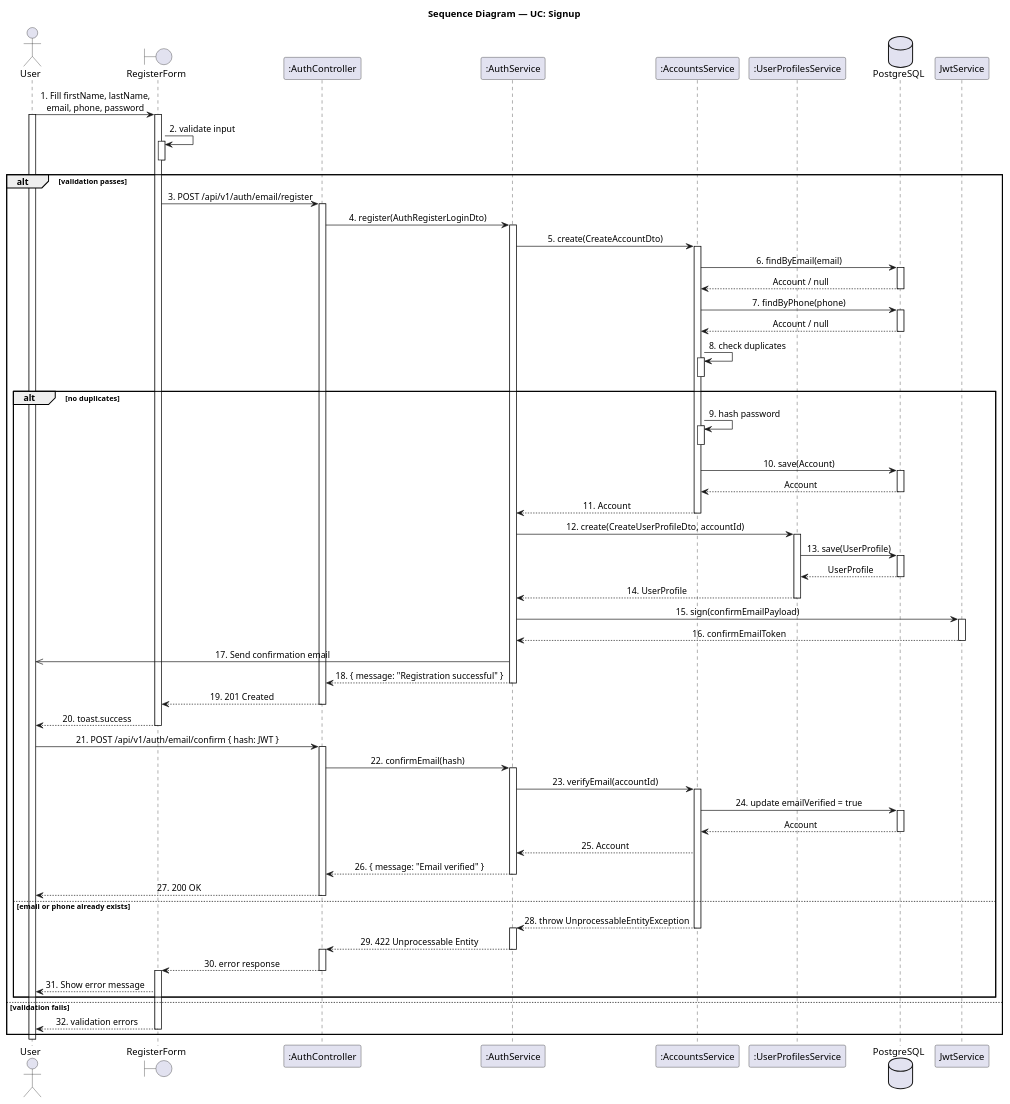
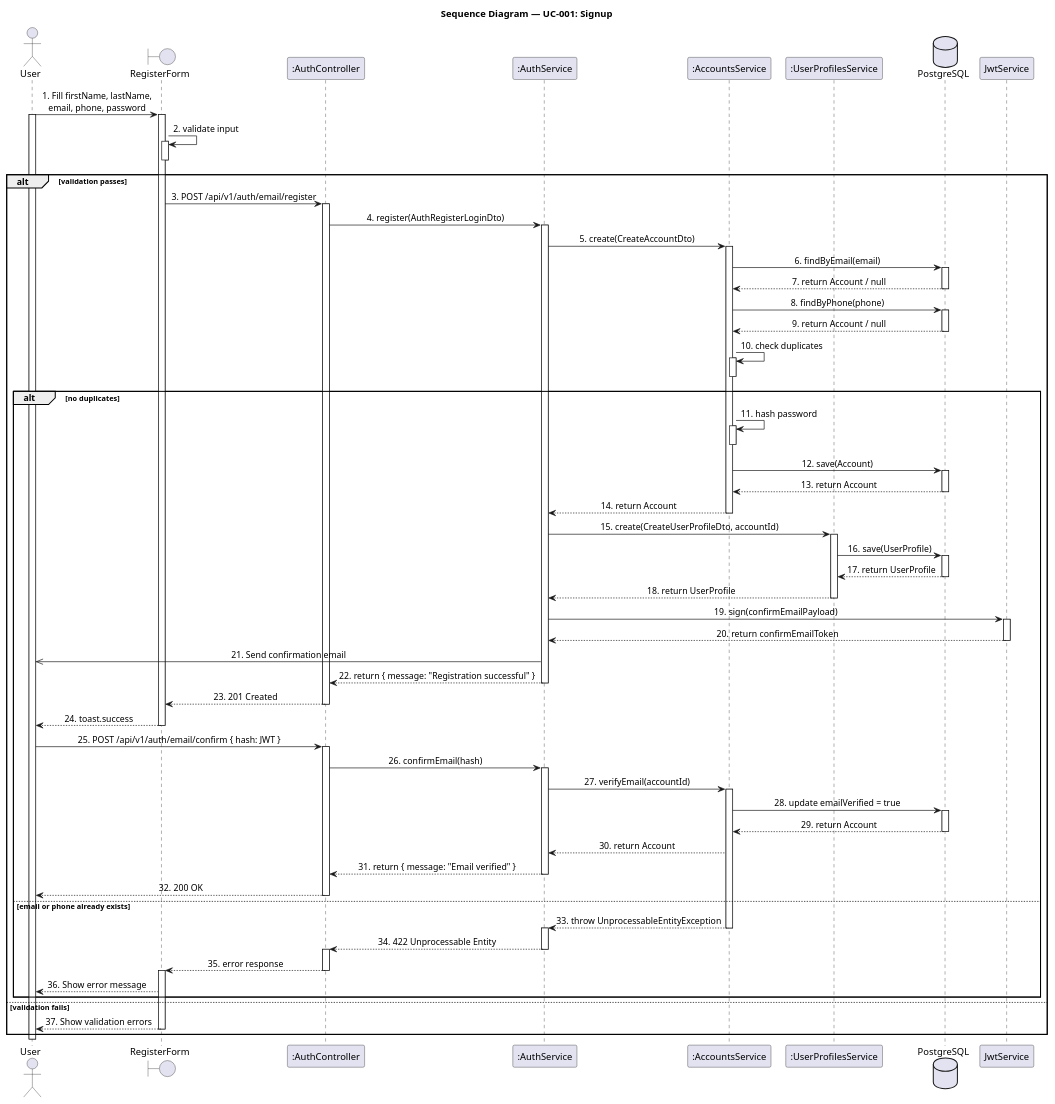
The diagram in docs/sequence-diagram/UC01_Signup.puml (LTPPPP/Smart-Medical-Intelligent-Ledger-for-E-health-S.M.I.L.E-), drawn with PlantUML before and after one commit. The commit also changed 177 other files, not shown here.

Commit message:
skill and doc class diagram

```diff
--- a/docs/sequence-diagram/UC01_Signup.puml
+++ b/docs/sequence-diagram/UC01_Signup.puml
@@ -1,122 +1,122 @@
 @startuml SequenceDiagram
 skinparam shadowing false
 skinparam sequenceMessageAlign center
 
-title Sequence Diagram — UC: Signup
+title Sequence Diagram — UC-001: Signup
 
 actor "User" as user
 boundary "RegisterForm" as form
 participant ":AuthController" as ctrl
 participant ":AuthService" as authSvc
 participant ":AccountsService" as accSvc
 participant ":UserProfilesService" as profSvc
 database "PostgreSQL" as db
 participant "JwtService" as jwt
 
 user -> form : 1. Fill firstName, lastName,\nemail, phone, password
 activate user
 activate form
 
 form -> form : 2. validate input
 activate form
 deactivate form
 alt validation passes
   form -> ctrl : 3. POST /api/v1/auth/email/register
   activate ctrl
 
   ctrl -> authSvc : 4. register(AuthRegisterLoginDto)
   activate authSvc
 
   authSvc -> accSvc : 5. create(CreateAccountDto)
   activate accSvc
 
   accSvc -> db : 6. findByEmail(email)
   activate db
-  db --> accSvc : Account / null
+  db --> accSvc : 7. return Account / null
   deactivate db
 
-  accSvc -> db : 7. findByPhone(phone)
+  accSvc -> db : 8. findByPhone(phone)
   activate db
-  db --> accSvc : Account / null
+  db --> accSvc : 9. return Account / null
   deactivate db
 
-  accSvc -> accSvc : 8. check duplicates
+  accSvc -> accSvc : 10. check duplicates
   activate accSvc
   deactivate accSvc
   alt no duplicates
-    accSvc -> accSvc : 9. hash password
+    accSvc -> accSvc : 11. hash password
     activate accSvc
     deactivate accSvc
-    accSvc -> db : 10. save(Account)
+    accSvc -> db : 12. save(Account)
     activate db
-    db --> accSvc : Account
+    db --> accSvc : 13. return Account
     deactivate db
-    accSvc --> authSvc : 11. Account
+    accSvc --> authSvc : 14. return Account
     deactivate accSvc
 
-    authSvc -> profSvc : 12. create(CreateUserProfileDto, accountId)
+    authSvc -> profSvc : 15. create(CreateUserProfileDto, accountId)
     activate profSvc
-    profSvc -> db : 13. save(UserProfile)
+    profSvc -> db : 16. save(UserProfile)
     activate db
-    db --> profSvc : UserProfile
+    db --> profSvc : 17. return UserProfile
     deactivate db
-    profSvc --> authSvc : 14. UserProfile
+    profSvc --> authSvc : 18. return UserProfile
     deactivate profSvc
 
-    authSvc -> jwt : 15. sign(confirmEmailPayload)
+    authSvc -> jwt : 19. sign(confirmEmailPayload)
     activate jwt
-    jwt --> authSvc : 16. confirmEmailToken
+    jwt --> authSvc : 20. return confirmEmailToken
     deactivate jwt
 
-    authSvc ->> user : 17. Send confirmation email
+    authSvc ->> user : 21. Send confirmation email
 
-    authSvc --> ctrl : 18. { message: "Registration successful" }
+    authSvc --> ctrl : 22. return { message: "Registration successful" }
     deactivate authSvc
 
-    ctrl --> form : 19. 201 Created
+    ctrl --> form : 23. 201 Created
     deactivate ctrl
 
-    form --> user : 20. toast.success
+    form --> user : 24. toast.success
     deactivate form
 
-    user -> ctrl : 21. POST /api/v1/auth/email/confirm { hash: JWT }
+    user -> ctrl : 25. POST /api/v1/auth/email/confirm { hash: JWT }
     activate ctrl
 
-    ctrl -> authSvc : 22. confirmEmail(hash)
+    ctrl -> authSvc : 26. confirmEmail(hash)
     activate authSvc
 
-    authSvc -> accSvc : 23. verifyEmail(accountId)
+    authSvc -> accSvc : 27. verifyEmail(accountId)
     activate accSvc
-    accSvc -> db : 24. update emailVerified = true
+    accSvc -> db : 28. update emailVerified = true
     activate db
-    db --> accSvc : Account
+    db --> accSvc : 29. return Account
     deactivate db
-    accSvc --> authSvc : 25. Account
+    accSvc --> authSvc : 30. return Account
 
-    authSvc --> ctrl : 26. { message: "Email verified" }
+    authSvc --> ctrl : 31. return { message: "Email verified" }
     deactivate authSvc
 
-    ctrl --> user : 27. 200 OK
+    ctrl --> user : 32. 200 OK
     deactivate ctrl
   else email or phone already exists
-    accSvc --> authSvc : 28. throw UnprocessableEntityException
+    accSvc --> authSvc : 33. throw UnprocessableEntityException
     deactivate accSvc
     activate authSvc
-    authSvc --> ctrl : 29. 422 Unprocessable Entity
+    authSvc --> ctrl : 34. 422 Unprocessable Entity
     deactivate authSvc
     activate ctrl
 
-    ctrl --> form : 30. error response
+    ctrl --> form : 35. error response
     deactivate ctrl
     activate form
 
-    form --> user : 31. Show error message
+    form --> user : 36. Show error message
   end
 else validation fails
-  form --> user : 32. validation errors
+  form --> user : 37. Show validation errors
   deactivate form
 end
 
 deactivate user
 
 @enduml
```
